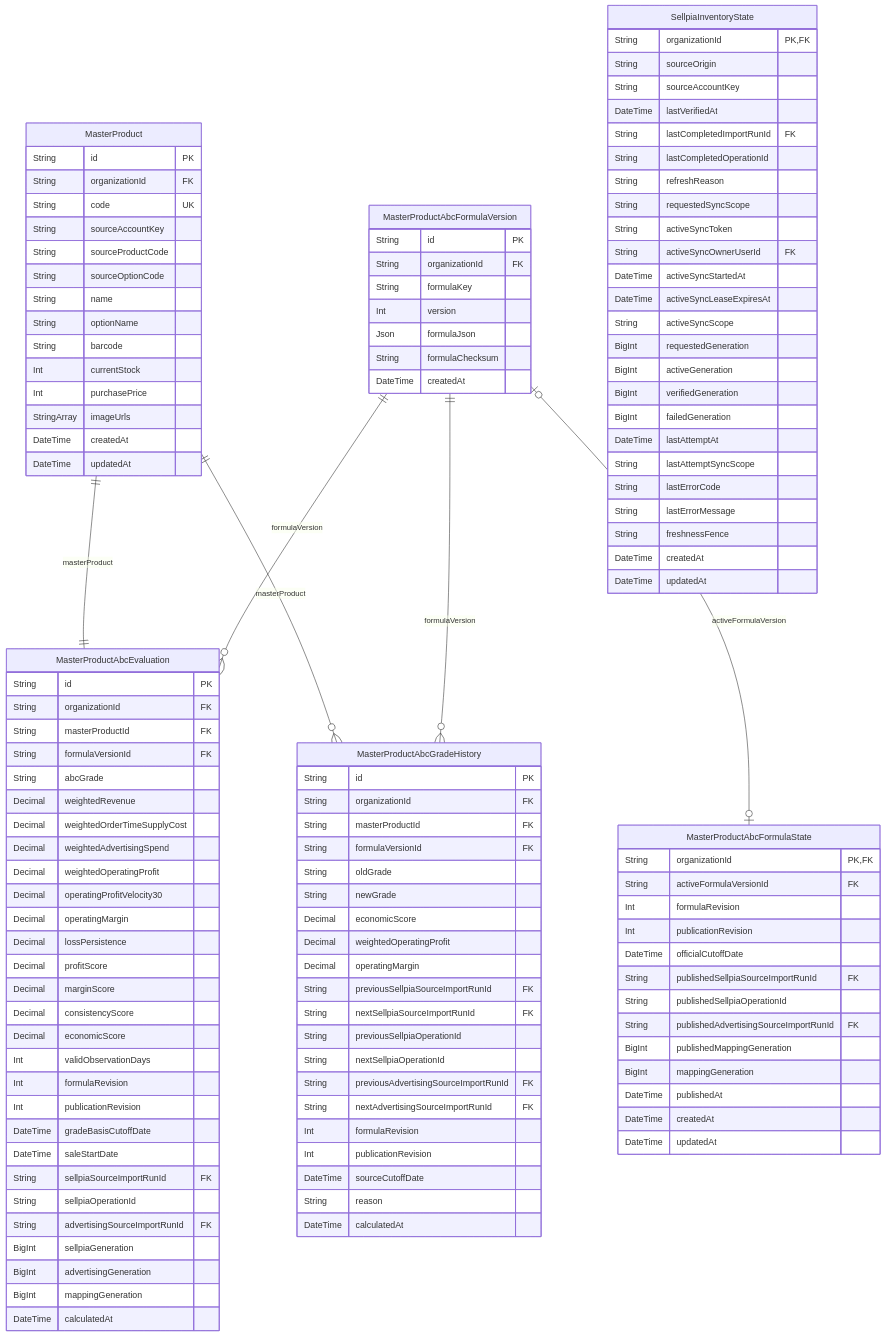
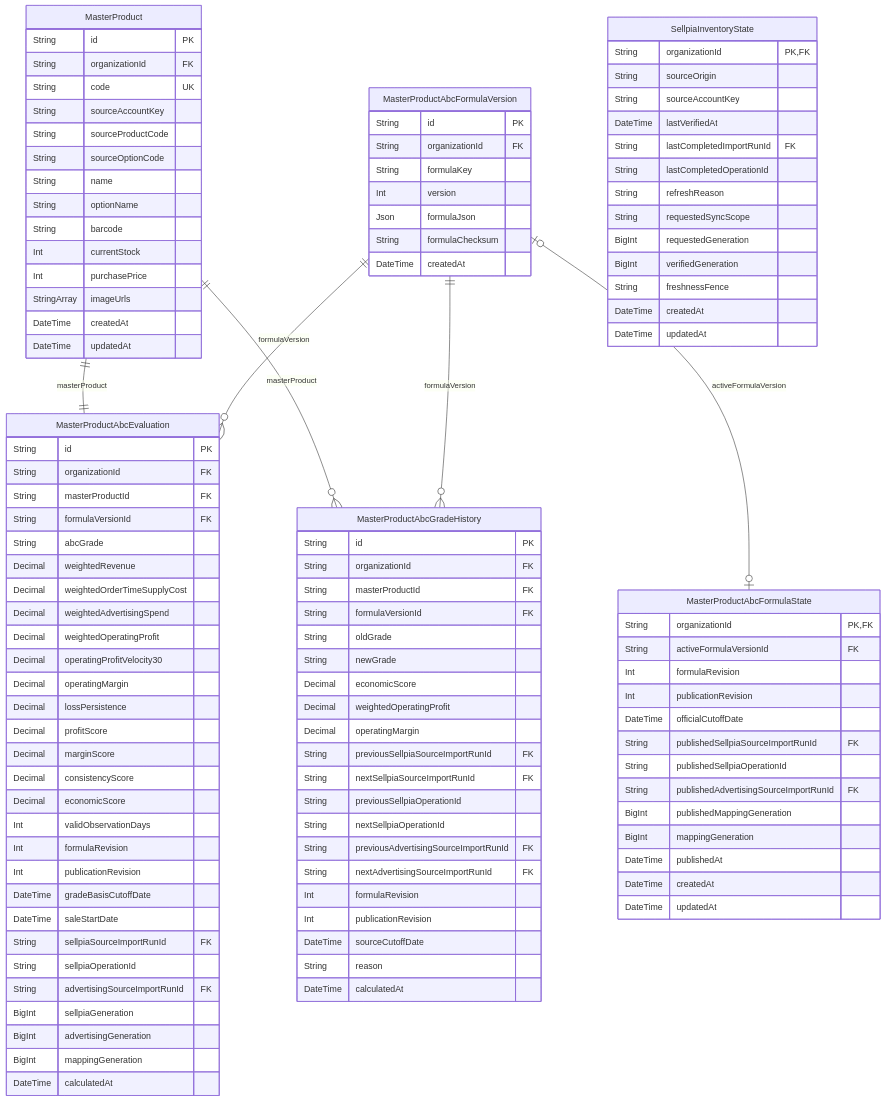
One commit to AgentFoundry-Labs/kiditem changed the diagram in docs/erd/products.md. Above: the diagram before and after it, drawn with Mermaid. The commit also changed other lines of this file and 23 other files, not shown here.

```diff
--- a/docs/erd/products.md
+++ b/docs/erd/products.md
@@ -121,19 +121,8 @@
     String lastCompletedOperationId
     String refreshReason
     String requestedSyncScope
-    String activeSyncToken
-    String activeSyncOwnerUserId FK
-    DateTime activeSyncStartedAt
-    DateTime activeSyncLeaseExpiresAt
-    String activeSyncScope
     BigInt requestedGeneration
-    BigInt activeGeneration
     BigInt verifiedGeneration
-    BigInt failedGeneration
-    DateTime lastAttemptAt
-    String lastAttemptSyncScope
-    String lastErrorCode
-    String lastErrorMessage
     String freshnessFence
     DateTime createdAt
     DateTime updatedAt
```
